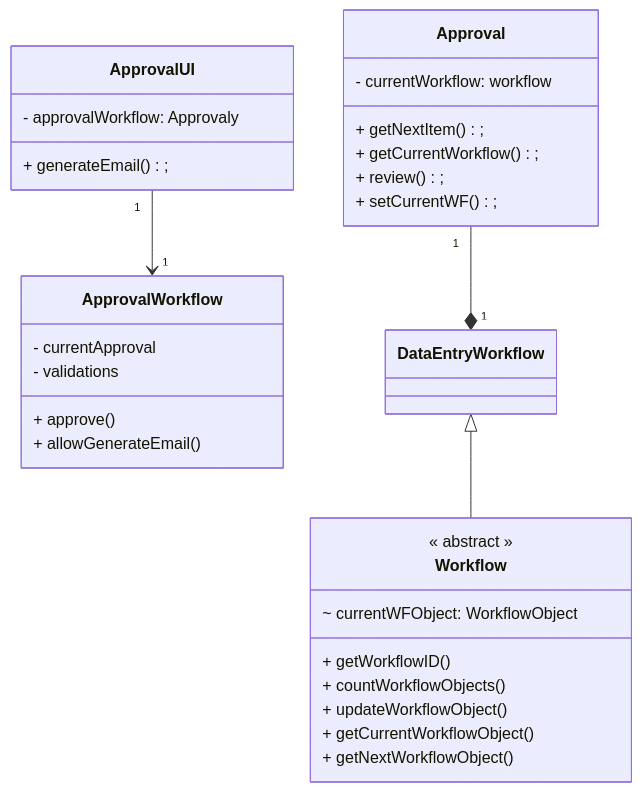
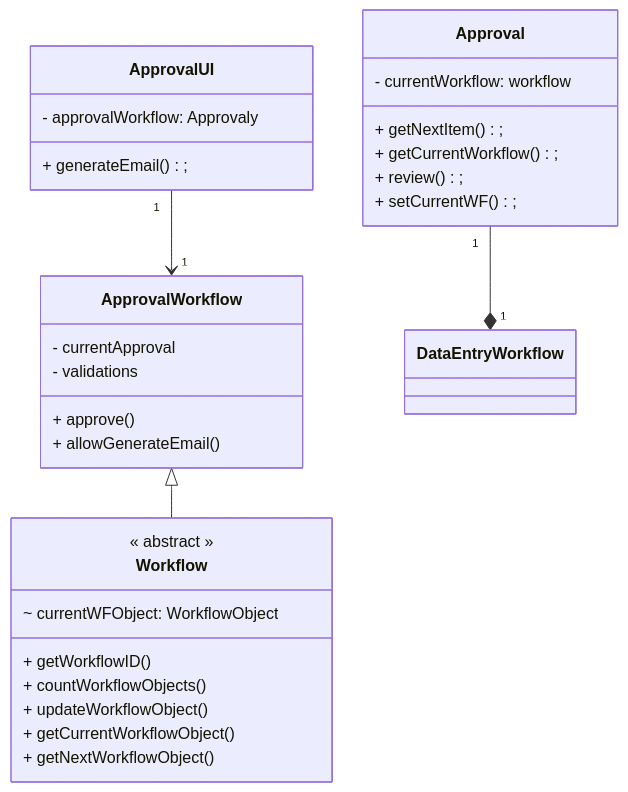
One commit to tpfahy/CS321 changed the diagram in docs/Approval.md. Above: the diagram before and after it, drawn with Mermaid.

Commit message:
Fixed a small change, dont know how to use --amend yet

````diff
--- a/docs/Approval.md
+++ b/docs/Approval.md
@@ -1,39 +1,39 @@
 ```mermaid
 classDiagram
 class Approval {
     - currentWorkflow: workflow
 
     + getNextItem();
     + getCurrentWorkflow();
     + review();
     + setCurrentWF();
 }
 
 class ApprovalWorkflow {
     - currentApproval
     - validations
 
     + approve()
     + allowGenerateEmail()
 
 }
 
 class Workflow {
     << abstract >>
     ~ currentWFObject: WorkflowObject
     + getWorkflowID()
     + countWorkflowObjects()
     + updateWorkflowObject()
     + getCurrentWorkflowObject()
     + getNextWorkflowObject()
 }
 
 class ApprovalUI {
     - approvalWorkflow: Approvaly
     + generateEmail();
 }
 
 Approval "1" --* "1" DataEntryWorkflow
-DataEntryWorkflow  <|-- Workflow
+ApprovalWorkflow  <|-- Workflow
 ApprovalUI "1" --> "1" ApprovalWorkflow
 ```
````
